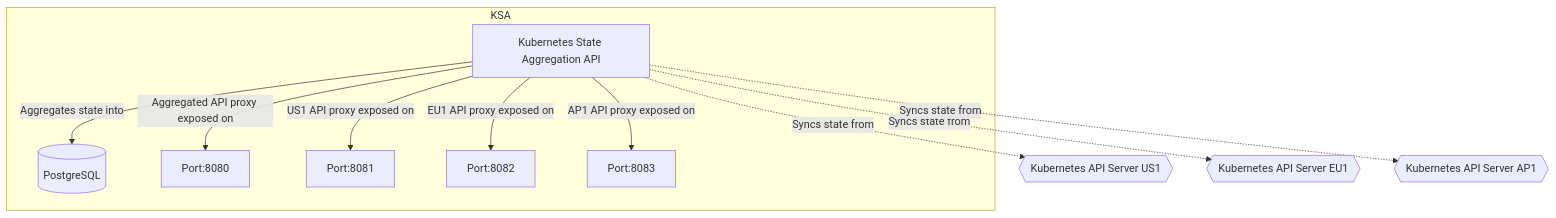
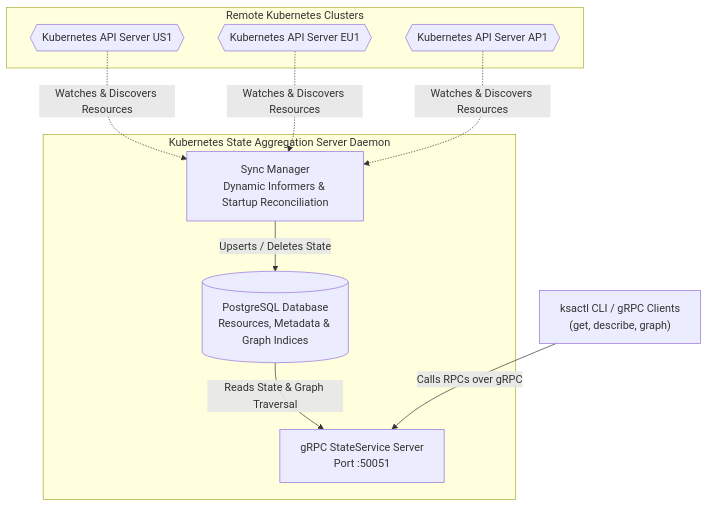
Before and after one commit to migueleliasweb/kubernetes-state-aggregation: the diagram in design/high-level-design-flowchart.mermaid, drawn with Mermaid. The commit also changed 3 other files, not shown here.

```diff
--- a/design/high-level-design-flowchart.mermaid
+++ b/design/high-level-design-flowchart.mermaid
@@ -1,24 +1,22 @@
 flowchart TD
-    K8s1{{Kubernetes API Server US1}}
-    K8s2{{Kubernetes API Server EU1}}
-    K8s3{{Kubernetes API Server AP1}}
-    
-    subgraph KSA
-        KSAAPI[Kubernetes State Aggregation API]
-
-        DB[(PostgreSQL)]
-
-        KSAAPI --> |Aggregates state into| DB
-
-        KSAAPI --> |Aggregated API proxy exposed on| Port:8080
-        KSAAPI --> |US1 API proxy exposed on| Port:8081
-        KSAAPI --> |EU1 API proxy exposed on| Port:8082
-        KSAAPI --> |AP1 API proxy exposed on| Port:8083
+    subgraph Remote Clusters [Remote Kubernetes Clusters]
+        K8s1{{Kubernetes API Server US1}}
+        K8s2{{Kubernetes API Server EU1}}
+        K8s3{{Kubernetes API Server AP1}}
     end
 
-    KSAAPI -.-> |Syncs state from| K8s1
-    KSAAPI -.-> |Syncs state from| K8s2
-    KSAAPI -.-> |Syncs state from| K8s3
+    subgraph KSA [Kubernetes State Aggregation Server Daemon]
+        SyncMgr[Sync Manager<br/>Dynamic Informers & Startup Reconciliation]
+        DB[(PostgreSQL Database<br/>Resources, Metadata & Graph Indices)]
+        StateAPI[gRPC StateService Server<br/>Port :50051]
 
-    %% K8sClient[kubectl get pods --server :8081]
-    %% K8sClient[kubectl get pods --server :8081] --> |Supports native kubectl| Port:8081
+        SyncMgr --> |Upserts / Deletes State| DB
+        DB --> |Reads State & Graph Traversal| StateAPI
+    end
+
+    K8s1 -.-> |Watches & Discovers Resources| SyncMgr
+    K8s2 -.-> |Watches & Discovers Resources| SyncMgr
+    K8s3 -.-> |Watches & Discovers Resources| SyncMgr
+
+    Client["ksactl CLI / gRPC Clients<br/>(get, describe, graph)"]
+    Client --> |Calls RPCs over gRPC| StateAPI
```
